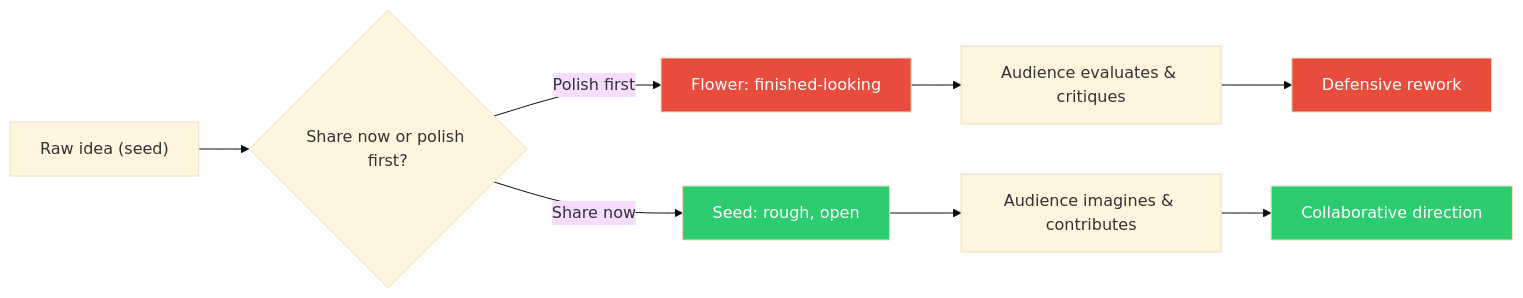
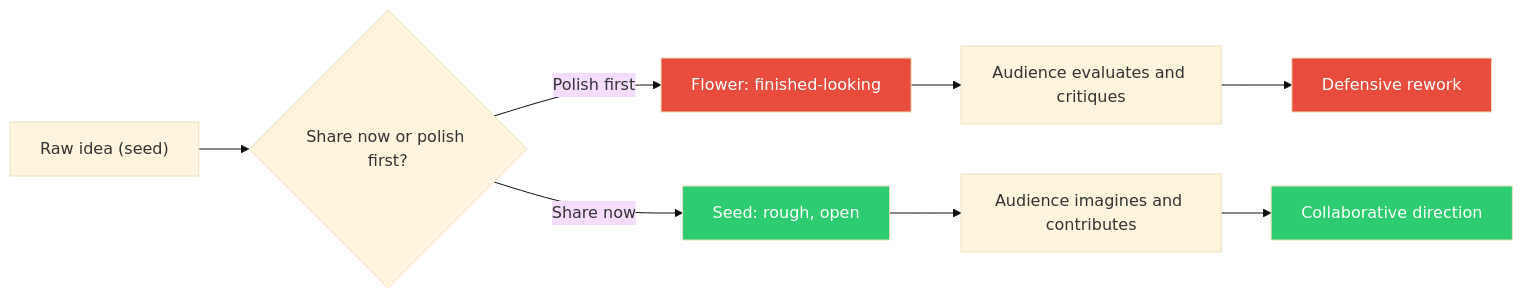
The diagram in catalog/moves/planning/TF-129-present-the-seed-not-the-flower.md (move38studios/thinkfu), drawn with Mermaid (base theme) before and after one commit. The commit also changed 87 other files, not shown here.

````diff
--- a/catalog/moves/planning/TF-129-present-the-seed-not-the-flower.md
+++ b/catalog/moves/planning/TF-129-present-the-seed-not-the-flower.md
@@ -38,15 +38,15 @@
 ```mermaid
 flowchart LR
     A["Raw idea (seed)"] --> B{"Share now or polish first?"}
     B -- "Polish first" --> C["Flower: finished-looking"]
     B -- "Share now" --> D["Seed: rough, open"]
-    C --> E["Audience evaluates & critiques"]
-    D --> F["Audience imagines & contributes"]
+    C --> E["Audience evaluates and critiques"]
+    D --> F["Audience imagines and contributes"]
     F --> G["Collaborative direction"]
     E --> H["Defensive rework"]
 
     style D fill:#2ecc71,color:#fff
     style C fill:#e74c3c,color:#fff
     style G fill:#2ecc71,color:#fff
     style H fill:#e74c3c,color:#fff
 ```
````
